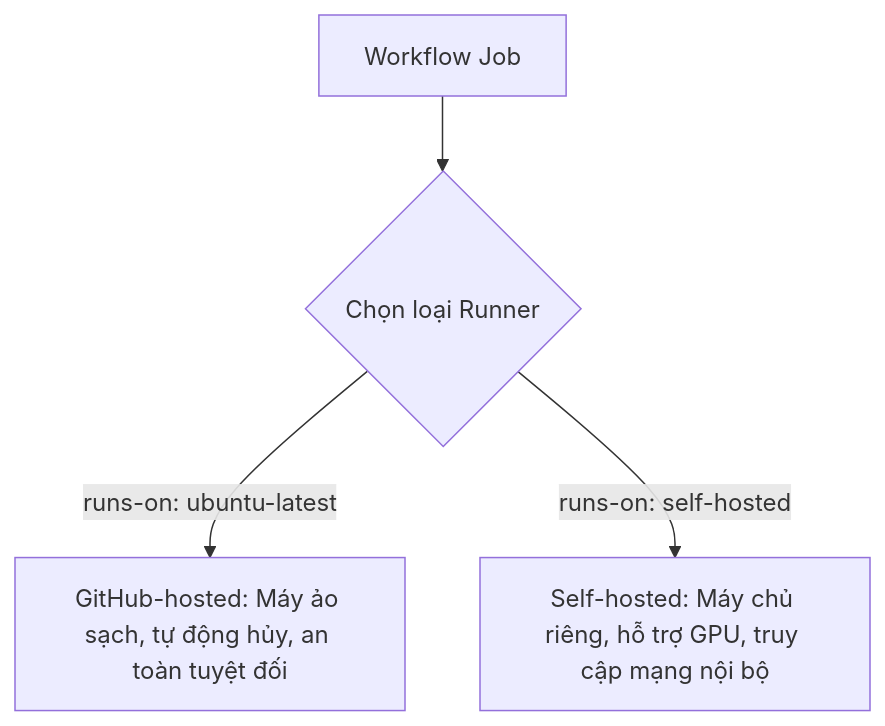
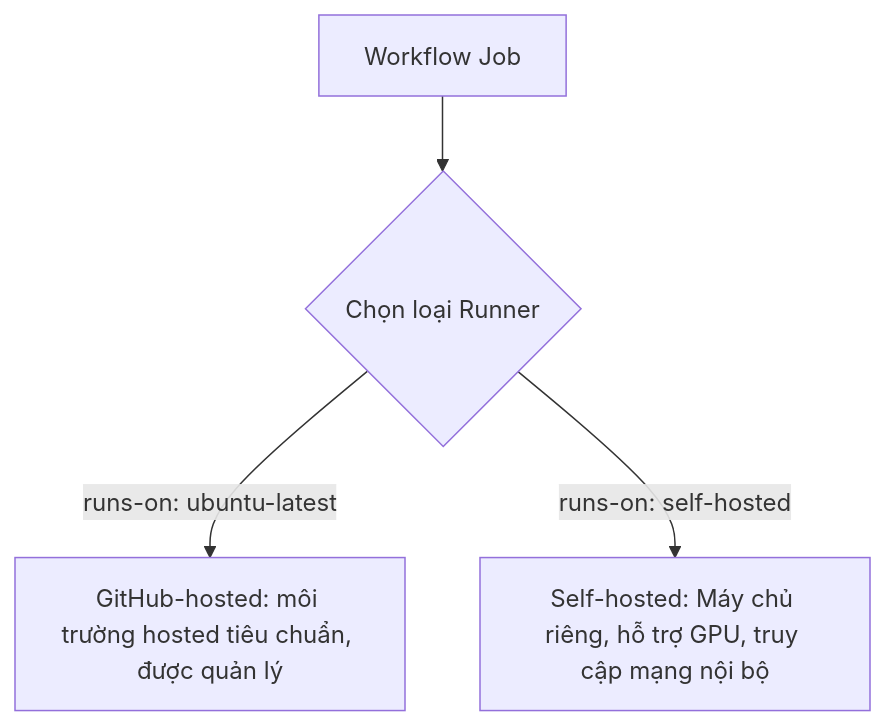
One commit to maitamdev/Git changed the diagram in courses/07-github-actions/08-runners-environment/lesson.md. Above: the diagram before and after it, drawn with Mermaid. The commit also changed other lines of this file and 478 other files, not shown here.

````diff
--- a/courses/07-github-actions/08-runners-environment/lesson.md
+++ b/courses/07-github-actions/08-runners-environment/lesson.md
@@ -34,6 +34,6 @@
 ```mermaid
 flowchart TD
     Workflow[Workflow Job] --> Choice{Chọn loại Runner}
-    Choice -- runs-on: ubuntu-latest --> GH[GitHub-hosted: Máy ảo sạch, tự động hủy, an toàn tuyệt đối]
+    Choice -- runs-on: ubuntu-latest --> GH[GitHub-hosted: môi trường hosted tiêu chuẩn, được quản lý]
     Choice -- runs-on: self-hosted --> SH[Self-hosted: Máy chủ riêng, hỗ trợ GPU, truy cập mạng nội bộ]
 ```
````
